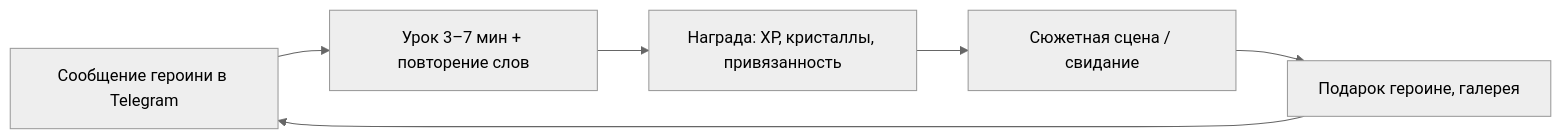
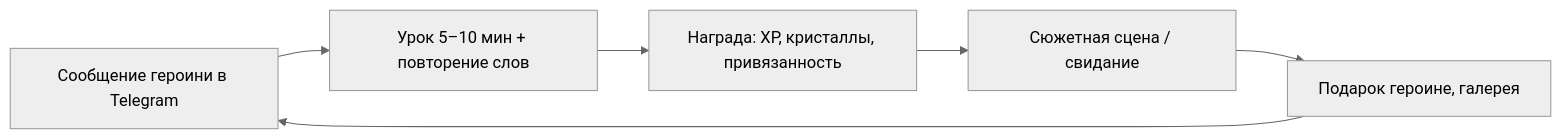
Before and after one commit to nook2b/english-learning: the diagram in docs/03-plan.md, drawn with Mermaid (neutral theme). The commit also changed other lines of this file and 6 other files, not shown here.

````diff
--- a/docs/03-plan.md
+++ b/docs/03-plan.md
@@ -29,8 +32,8 @@
 ```mermaid
 flowchart LR
-  Q["Сообщение героини в Telegram"] --> L["Урок 3–7 мин + повторение слов"]
+  Q["Сообщение героини в Telegram"] --> L["Урок 5–10 мин + повторение слов"]
   L --> R["Награда: XP, кристаллы, привязанность"]
   R --> S["Сюжетная сцена / свидание"]
   S --> G["Подарок героине, галерея"]
   G --> Q
 ```
````
